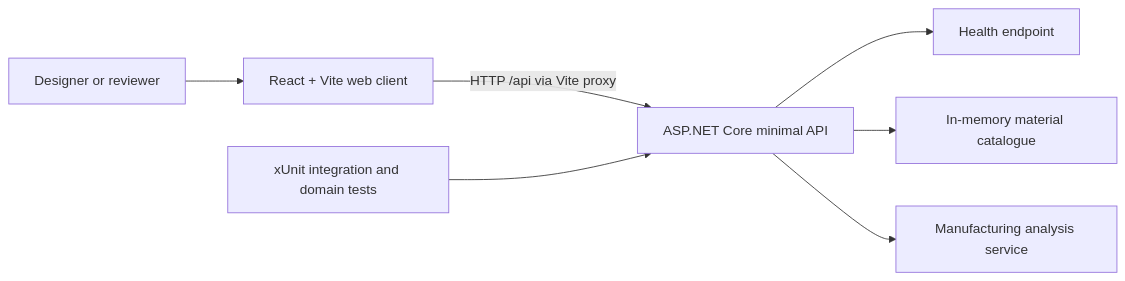
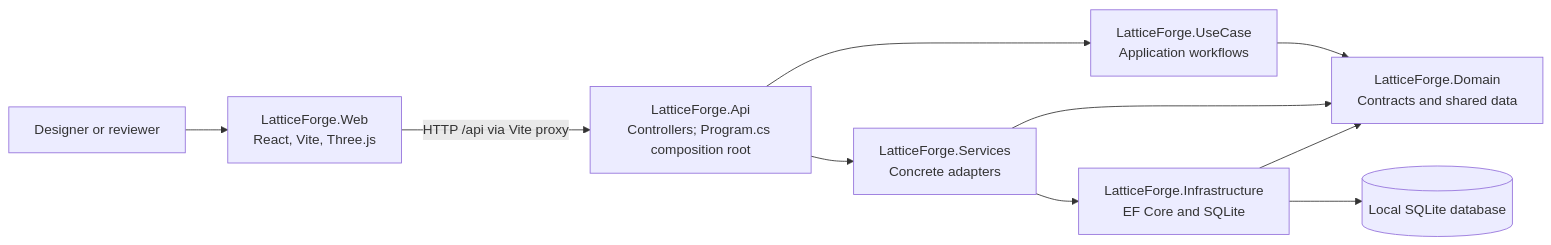
Before and after one commit to vcampoy/lattice-forge: the first of 3 diagrams in docs/technical-architecture.md, drawn with Mermaid. The commit also changed other lines of this file and 4 other files, not shown here.

````diff
--- a/docs/technical-architecture.md
+++ b/docs/technical-architecture.md
@@ -7,9 +7,12 @@
 ```mermaid
 flowchart LR
-    User["Designer or reviewer"] --> Web["React + Vite web client"]
-    Web -->|"HTTP /api via Vite proxy"| Api["ASP.NET Core minimal API"]
-    Api --> Health["Health endpoint"]
-    Api --> Catalogue["In-memory material catalogue"]
-    Api --> Analysis["Manufacturing analysis service"]
-    Tests["xUnit integration and domain tests"] --> Api
+    User["Designer or reviewer"] --> Web["LatticeForge.Web<br/>React, Vite, Three.js"]
+    Web -->|"HTTP /api via Vite proxy"| Api["LatticeForge.Api<br/>Controllers; Program.cs composition root"]
+    Api --> UseCase["LatticeForge.UseCase<br/>Application workflows"]
+    UseCase --> Domain["LatticeForge.Domain<br/>Contracts and shared data"]
+    Api --> Services["LatticeForge.Services<br/>Concrete adapters"]
+    Services --> Infrastructure["LatticeForge.Infrastructure<br/>EF Core and SQLite"]
+    Services --> Domain
+    Infrastructure --> Domain
+    Infrastructure --> SQLite[("Local SQLite database")]
 ```
````
